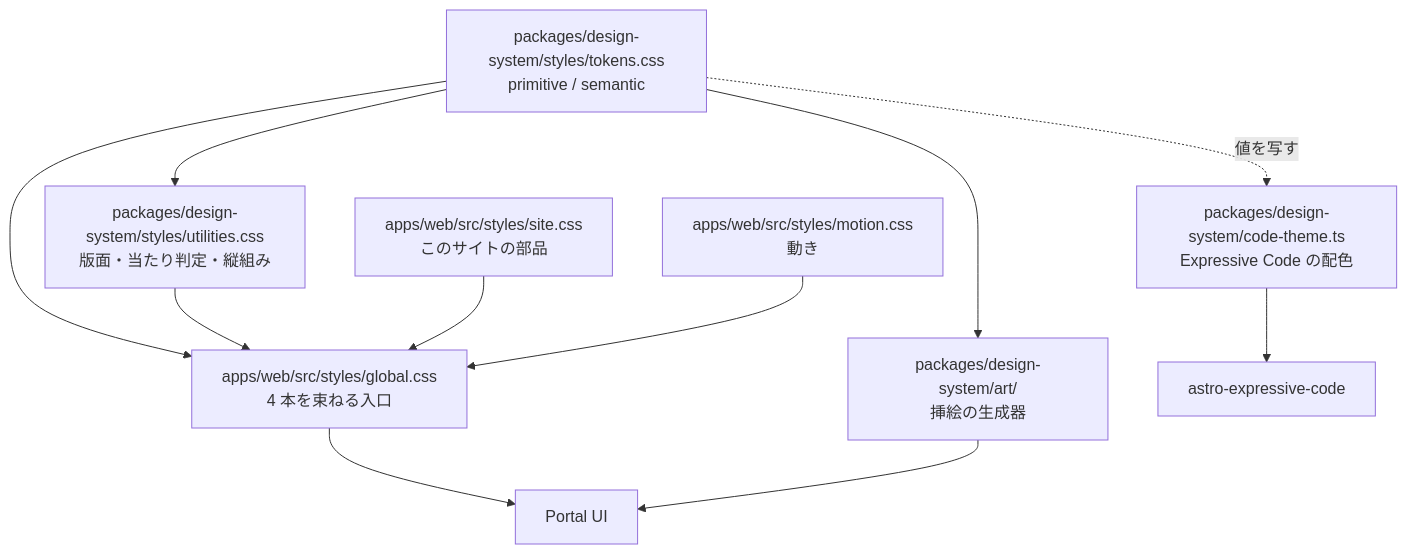
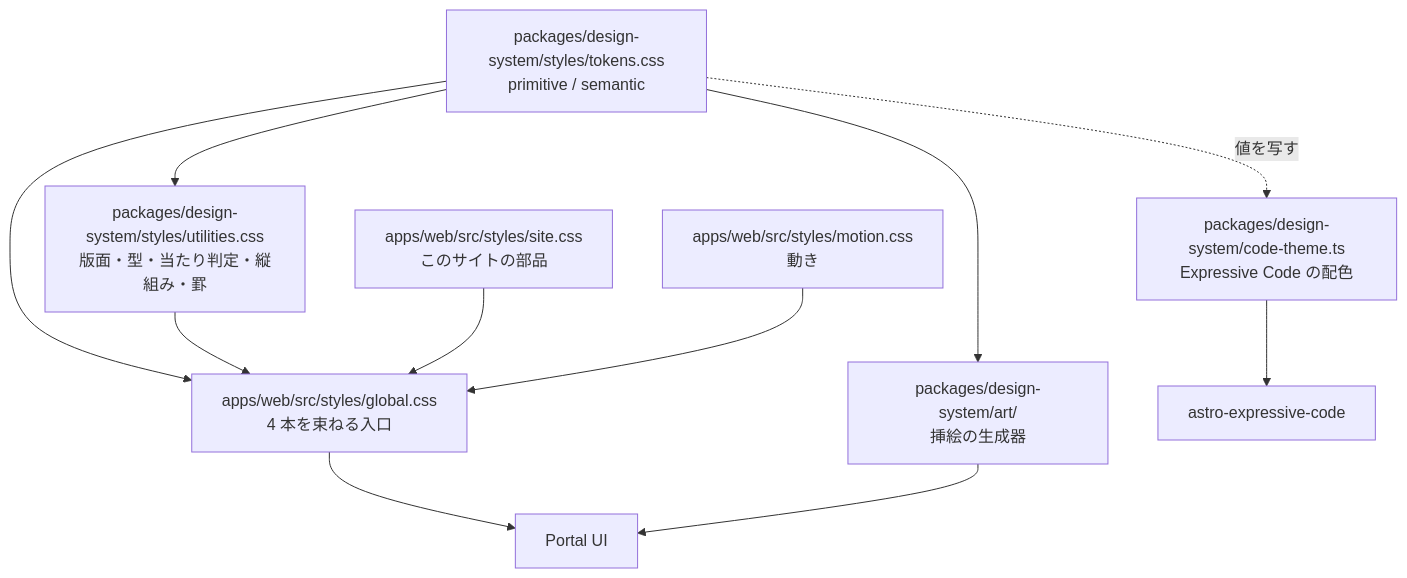
The diagram in packages/design-system/DesignDoc.md (Fukuemon/fukuemon.dev), drawn with Mermaid before and after one commit. The commit also changed other lines of this file and 13 other files, not shown here.

First line of the commit message:
fix(design-system): Design System の規則と実装の食い違いを直す

````diff
--- a/packages/design-system/DesignDoc.md
+++ b/packages/design-system/DesignDoc.md
@@ -538,20 +552,20 @@
 ```mermaid
 flowchart TD
     tokens["packages/design-system/styles/tokens.css<br/>primitive / semantic"]
-    utils["packages/design-system/styles/utilities.css<br/>版面・当たり判定・縦組み"]
+    utils["packages/design-system/styles/utilities.css<br/>版面・型・当たり判定・縦組み・罫"]
     art["packages/design-system/art/<br/>挿絵の生成器"]
     theme["packages/design-system/code-theme.ts<br/>Expressive Code の配色"]
     global["apps/web/src/styles/global.css<br/>4 本を束ねる入口"]
     site["apps/web/src/styles/site.css<br/>このサイトの部品"]
     motion["apps/web/src/styles/motion.css<br/>動き"]
     tokens --> utils
     tokens --> art
     tokens -. 値を写す .-> theme
     tokens --> global
     utils --> global
     site --> global
     motion --> global
     global --> portal["Portal UI"]
     art --> portal
     theme --> ec["astro-expressive-code"]
 ```
````
